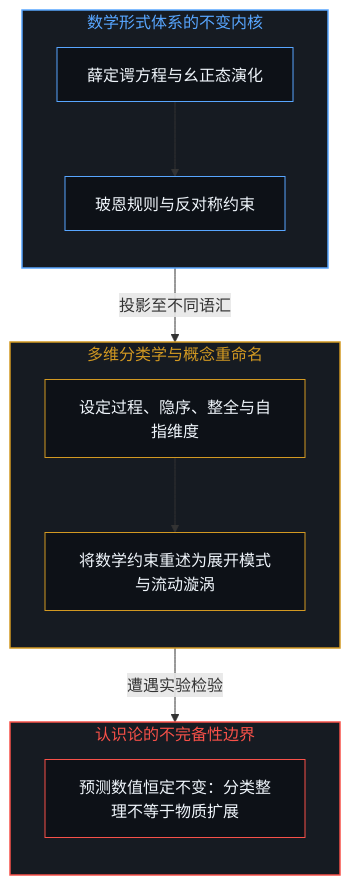
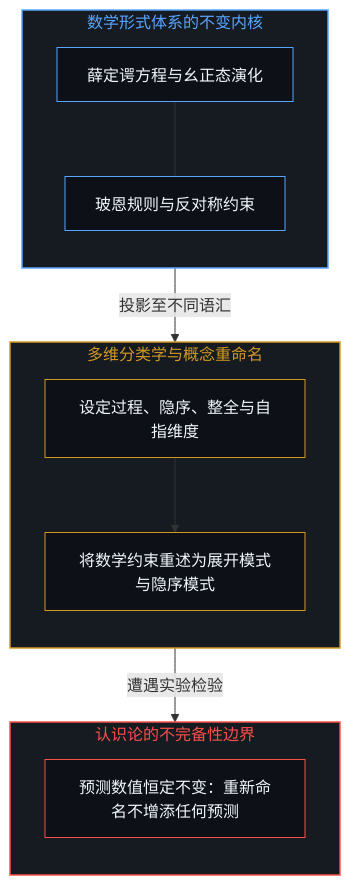
Before and after one commit to powerpig99/not-a-toe: the first of 6 diagrams in content/posts/the-cut-moves-but-never-vanishes.md, drawn with Mermaid. The commit also changed other lines of this file and 1 other file, not shown here.

````diff
--- a/content/posts/the-cut-moves-but-never-vanishes.md
+++ b/content/posts/the-cut-moves-but-never-vanishes.md
@@ -21,33 +21,33 @@
 ```mermaid
 flowchart TD
     subgraph S_Math["数学形式体系的不变内核"]
         direction TB
         M_Schrodinger["薛定谔方程与幺正态演化"]
         M_Born["玻恩规则与反对称约束"]
-        M_Schrodinger --> M_Born
+        M_Schrodinger --- M_Born
     end
 
     subgraph S_Taxonomy["多维分类学与概念重命名"]
         direction TB
         T_Axes["设定过程、隐序、整全与自指维度"]
-        T_Labels["将数学约束重述为展开模式与流动漩涡"]
+        T_Labels["将数学约束重述为展开模式与隐序模式"]
         T_Axes --> T_Labels
     end
 
     subgraph S_Boundary["认识论的不完备性边界"]
         direction TB
-        B_Limit["预测数值恒定不变：分类整理不等于物质扩展"]
+        B_Limit["预测数值恒定不变：重新命名不增添任何预测"]
     end
 
     M_Born -->|"投影至不同语汇"| T_Axes
     T_Labels -->|"遭遇实验检验"| B_Limit
 
     style S_Math fill:#161b22,stroke:#58a6ff,stroke-width:1.5px,color:#58a6ff
     style S_Taxonomy fill:#161b22,stroke:#d29922,stroke-width:1.5px,color:#d29922
     style S_Boundary fill:#161b22,stroke:#f85149,stroke-width:1.5px,color:#f85149
     style M_Schrodinger fill:#0d1117,stroke:#58a6ff,stroke-width:1px,color:#f0f6fc
     style M_Born fill:#0d1117,stroke:#58a6ff,stroke-width:1px,color:#f0f6fc
     style T_Axes fill:#0d1117,stroke:#d29922,stroke-width:1px,color:#f0f6fc
     style T_Labels fill:#0d1117,stroke:#d29922,stroke-width:1px,color:#f0f6fc
     style B_Limit fill:#0d1117,stroke:#f85149,stroke-width:1px,color:#f0f6fc
 ```
````
